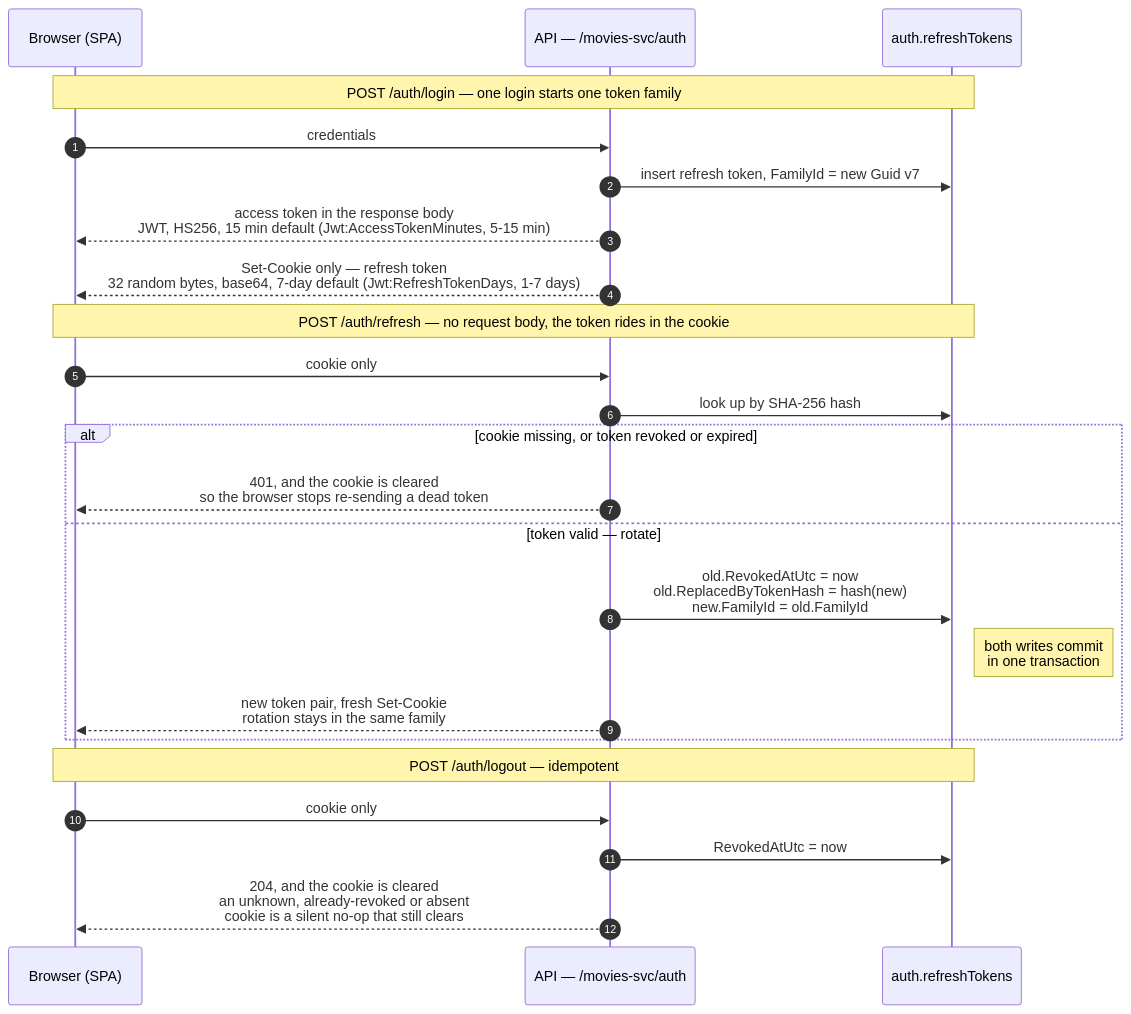
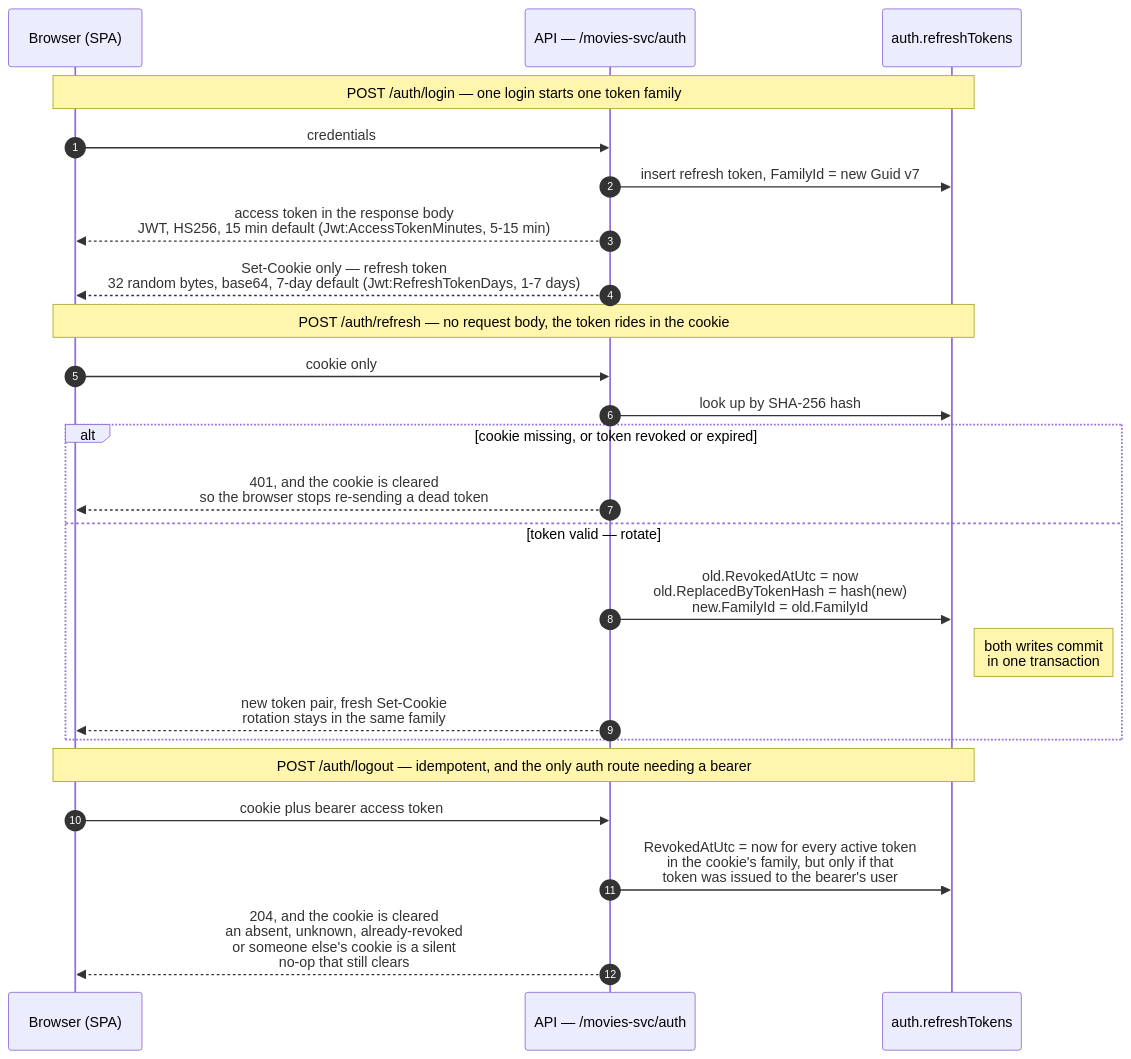
One commit to felipedferreira/Cinedex changed the diagram in docs/auth-security-model.md. Above: the diagram before and after it, drawn with Mermaid. The commit also changed other lines of this file and 42 other files, not shown here.

````diff
--- a/docs/auth-security-model.md
+++ b/docs/auth-security-model.md
@@ -54,33 +54,33 @@
 ```mermaid
 sequenceDiagram
     autonumber
     participant B as Browser (SPA)
     participant API as API — /movies-svc/auth
     participant DB as auth.refreshTokens
 
     Note over B,DB: POST /auth/login — one login starts one token family
 
     B->>API: credentials
     API->>DB: insert refresh token, FamilyId = new Guid v7
     API-->>B: access token in the response body<br/>JWT, HS256, 15 min default (Jwt:AccessTokenMinutes, 5-15 min)
     API-->>B: Set-Cookie only — refresh token<br/>32 random bytes, base64, 7-day default (Jwt:RefreshTokenDays, 1-7 days)
 
     Note over B,DB: POST /auth/refresh — no request body, the token rides in the cookie
 
     B->>API: cookie only
     API->>DB: look up by SHA-256 hash
 
     alt cookie missing, or token revoked or expired
         API-->>B: 401, and the cookie is cleared<br/>so the browser stops re-sending a dead token
     else token valid — rotate
         API->>DB: old.RevokedAtUtc = now<br/>old.ReplacedByTokenHash = hash(new)<br/>new.FamilyId = old.FamilyId
         Note right of DB: both writes commit<br/>in one transaction
         API-->>B: new token pair, fresh Set-Cookie<br/>rotation stays in the same family
     end
 
-    Note over B,DB: POST /auth/logout — idempotent
+    Note over B,DB: POST /auth/logout — idempotent, and the only auth route needing a bearer
 
-    B->>API: cookie only
-    API->>DB: RevokedAtUtc = now
-    API-->>B: 204, and the cookie is cleared<br/>an unknown, already-revoked or absent<br/>cookie is a silent no-op that still clears
+    B->>API: cookie plus bearer access token
+    API->>DB: RevokedAtUtc = now for every active token<br/>in the cookie's family, but only if that<br/>token was issued to the bearer's user
+    API-->>B: 204, and the cookie is cleared<br/>an absent, unknown, already-revoked<br/>or someone else's cookie is a silent<br/>no-op that still clears
 ```
````
